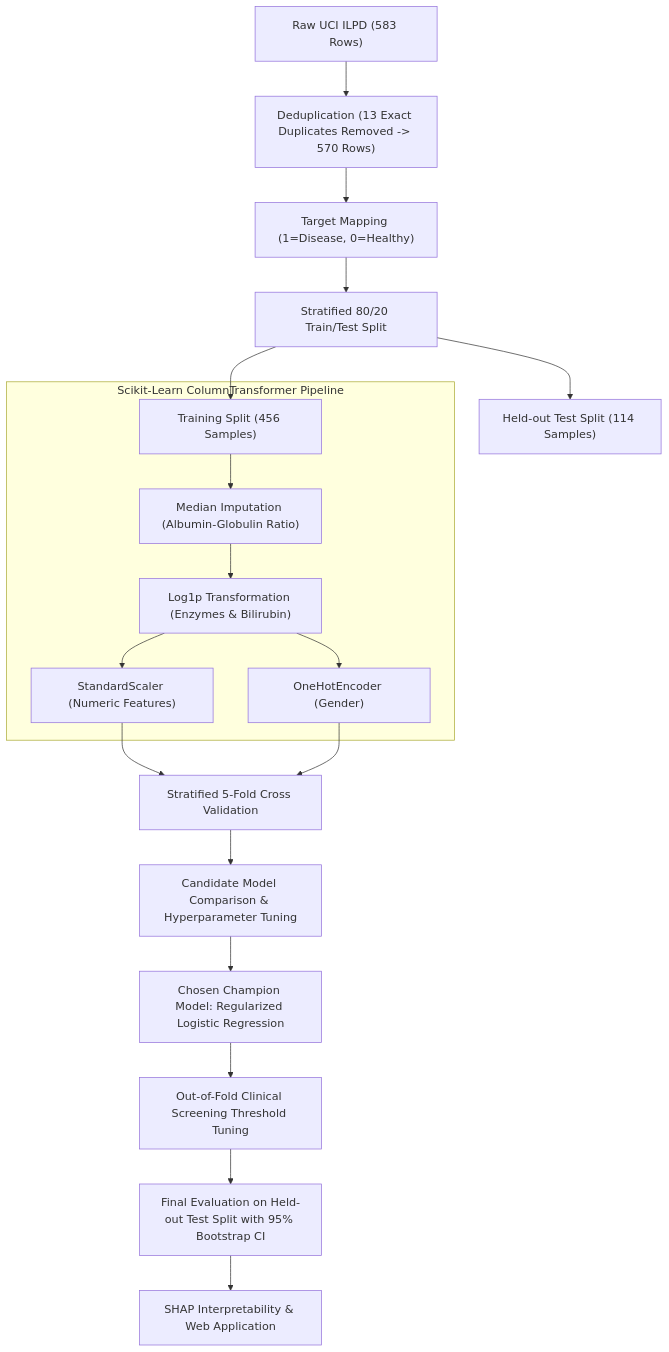
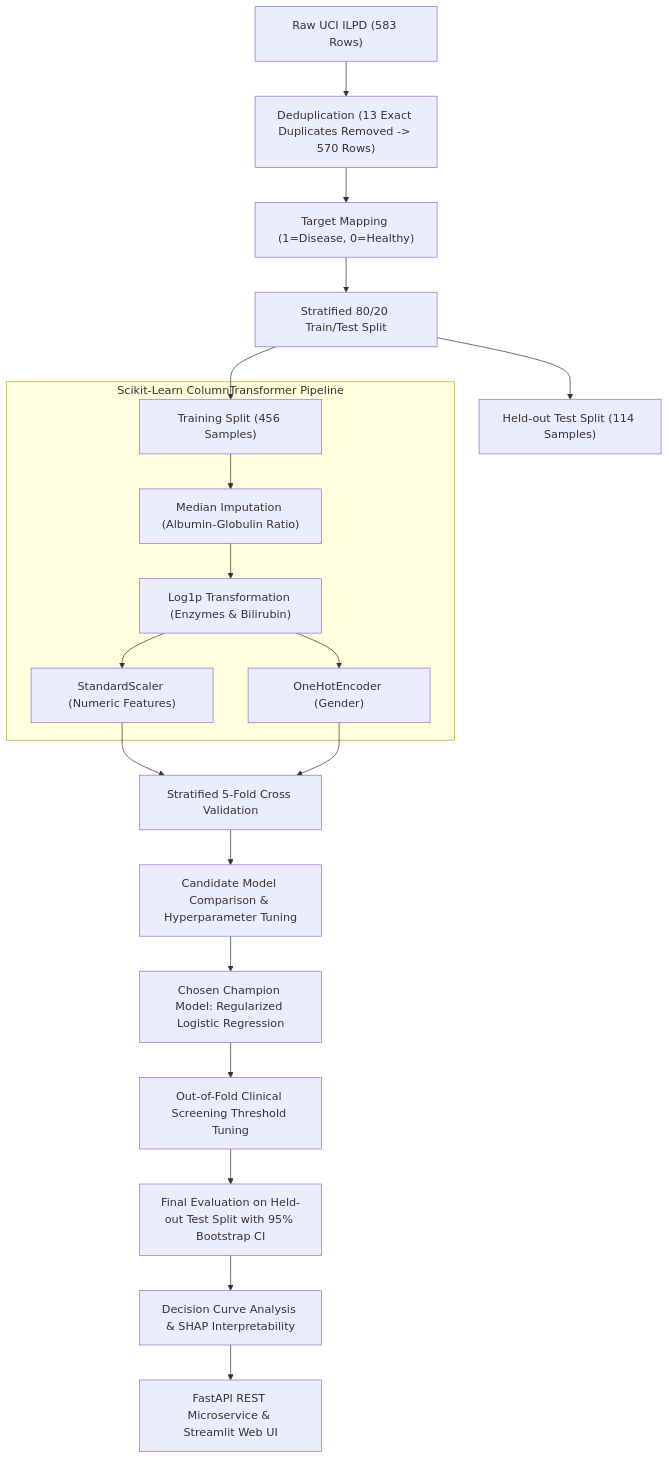
Before and after one commit to simnexis/liver-disease-prediction: the diagram in README.md, drawn with Mermaid. The commit also changed other lines of this file and 12 other files, not shown here.

````diff
--- a/README.md
+++ b/README.md
@@ -36,23 +36,24 @@
 ```mermaid
 graph TD
     A["Raw UCI ILPD (583 Rows)"] --> B["Deduplication (13 Exact Duplicates Removed -> 570 Rows)"]
     B --> C["Target Mapping (1=Disease, 0=Healthy)"]
     C --> D["Stratified 80/20 Train/Test Split"]
     D --> E["Training Split (456 Samples)"]
     D --> F["Held-out Test Split (114 Samples)"]
     
     subgraph "Scikit-Learn ColumnTransformer Pipeline"
         E --> G["Median Imputation (Albumin-Globulin Ratio)"]
         G --> H["Log1p Transformation (Enzymes & Bilirubin)"]
         H --> I["StandardScaler (Numeric Features)"]
         H --> J["OneHotEncoder (Gender)"]
     end
     
     I --> K["Stratified 5-Fold Cross Validation"]
     J --> K
     K --> L["Candidate Model Comparison & Hyperparameter Tuning"]
     L --> M["Chosen Champion Model: Regularized Logistic Regression"]
     M --> N["Out-of-Fold Clinical Screening Threshold Tuning"]
     N --> O["Final Evaluation on Held-out Test Split with 95% Bootstrap CI"]
-    O --> P["SHAP Interpretability & Web Application"]
+    O --> P["Decision Curve Analysis & SHAP Interpretability"]
+    P --> Q["FastAPI REST Microservice & Streamlit Web UI"]
 ```
````
